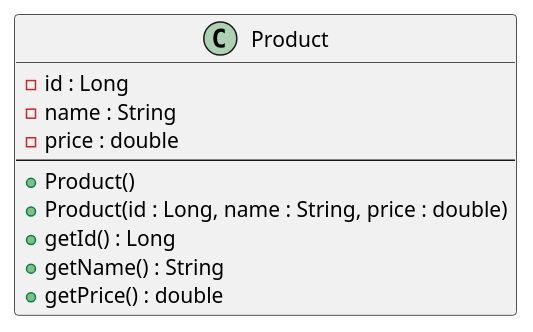
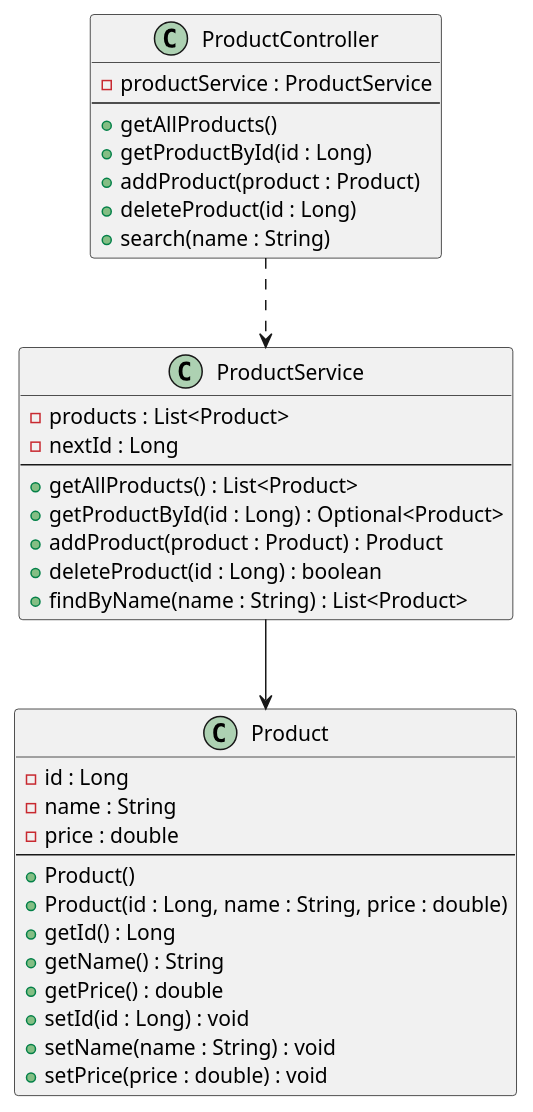
One commit to paramiv0217-cloud/products-api changed the diagram in docs/uml/Product.puml. Above: the diagram before and after it, drawn with PlantUML. The commit also changed other lines of this file and 5 other files, not shown here.

Commit message:
Tutorial 3: ProductService with List - four CRUD endpoints working

```diff
--- a/docs/uml/Product.puml
+++ b/docs/uml/Product.puml
@@ -2,15 +2,42 @@
 @startuml
 
 class Product {
     - id : Long
     - name : String
     - price : double
     --
     + Product()
     + Product(id : Long, name : String, price : double)
     + getId() : Long
     + getName() : String
     + getPrice() : double
+    + setId(id : Long) : void
+    + setName(name : String) : void
+    + setPrice(price : double) : void
 }
 
+class ProductService {
+    - products : List<Product>
+    - nextId : Long
+    --
+    + getAllProducts() : List<Product>
+    + getProductById(id : Long) : Optional<Product>
+    + addProduct(product : Product) : Product
+    + deleteProduct(id : Long) : boolean
+    + findByName(name : String) : List<Product>
+}
+
+class ProductController {
+    - productService : ProductService
+    --
+    + getAllProducts()
+    + getProductById(id : Long)
+    + addProduct(product : Product)
+    + deleteProduct(id : Long)
+    + search(name : String)
+}
+
+ProductController ..> ProductService
+ProductService --> Product
+
 @enduml
```
